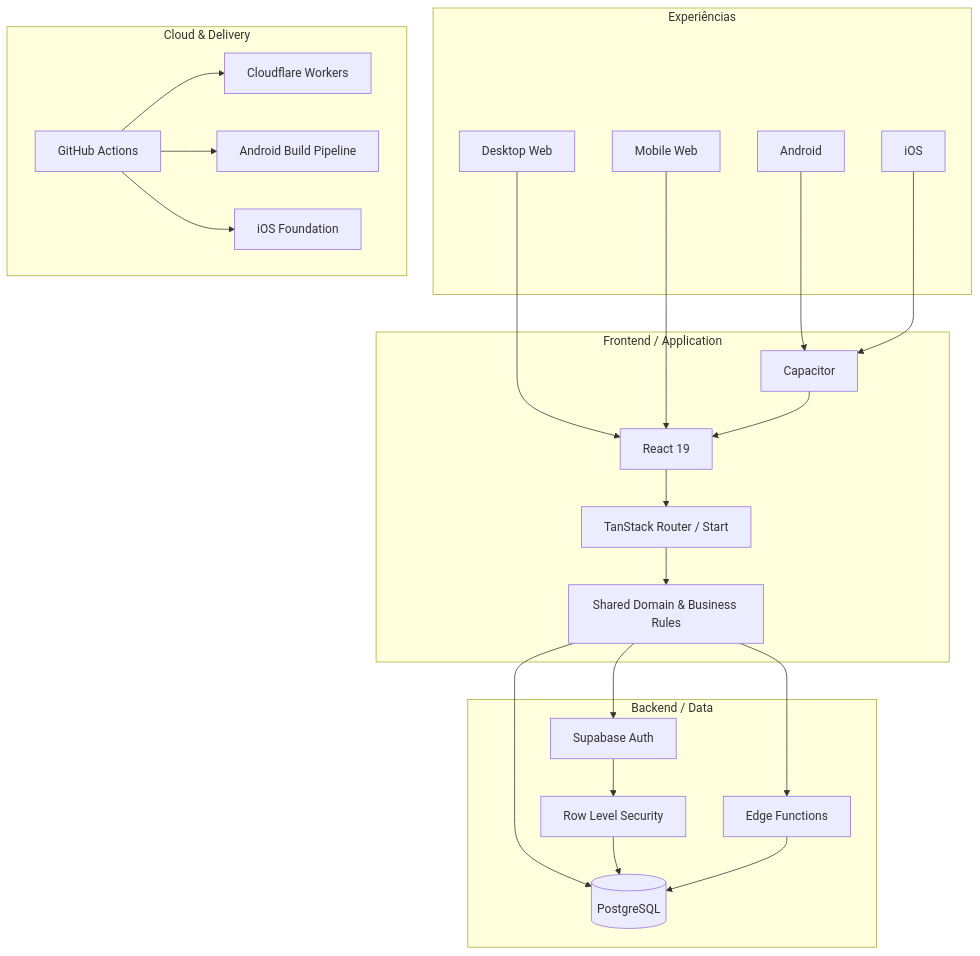
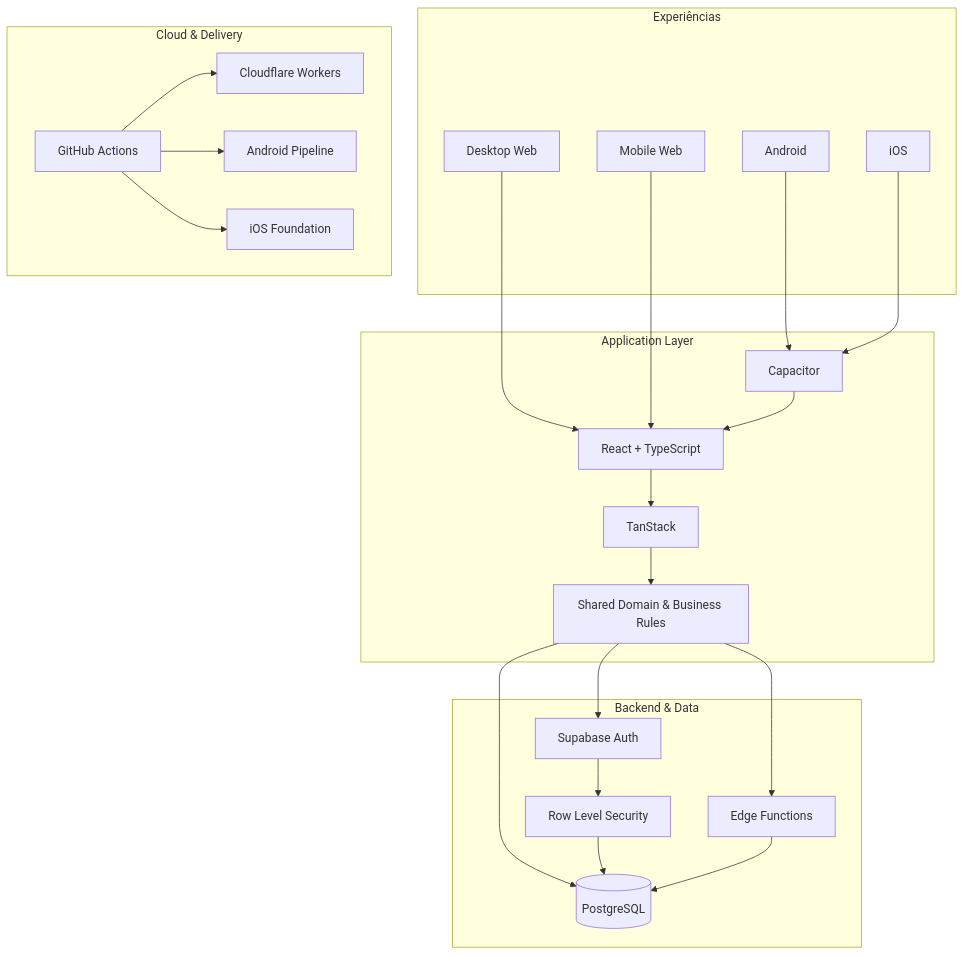
One commit to Inosuke-Company/Inosuke-Company changed the second of 5 diagrams in README.md. Above: the diagram before and after it, drawn with Mermaid. The commit also changed other lines of this file, not shown here.

````diff
--- a/README.md
+++ b/README.md
@@ -178,50 +170,47 @@
 ```mermaid
 flowchart TB
     subgraph Clients[Experiências]
         DESKTOP[Desktop Web]
         MOBILE[Mobile Web]
         ANDROID[Android]
         IOS[iOS]
     end
 
-    subgraph Front[Frontend / Application]
-        REACT[React 19]
-        ROUTER[TanStack Router / Start]
+    subgraph App[Application Layer]
+        REACT[React + TypeScript]
+        ROUTER[TanStack]
         DOMAIN[Shared Domain & Business Rules]
         CAP[Capacitor]
     end
 
-    subgraph Backend[Backend / Data]
+    subgraph Backend[Backend & Data]
         AUTH[Supabase Auth]
         EDGE[Edge Functions]
         RLS[Row Level Security]
         DB[(PostgreSQL)]
     end
 
-    subgraph Delivery[Cloud & Delivery]
+    subgraph Infra[Cloud & Delivery]
         CF[Cloudflare Workers]
-        GH[GitHub Actions]
-        APK[Android Build Pipeline]
+        ACTIONS[GitHub Actions]
+        APK[Android Pipeline]
         IOSPIPE[iOS Foundation]
     end
 
     DESKTOP --> REACT
     MOBILE --> REACT
     ANDROID --> CAP
     IOS --> CAP
     CAP --> REACT
-
     REACT --> ROUTER
     ROUTER --> DOMAIN
-
     DOMAIN --> AUTH
     DOMAIN --> EDGE
     DOMAIN --> DB
     AUTH --> RLS
     RLS --> DB
     EDGE --> DB
-
-    GH --> CF
-    GH --> APK
-    GH --> IOSPIPE
+    ACTIONS --> CF
+    ACTIONS --> APK
+    ACTIONS --> IOSPIPE
 ```
````
